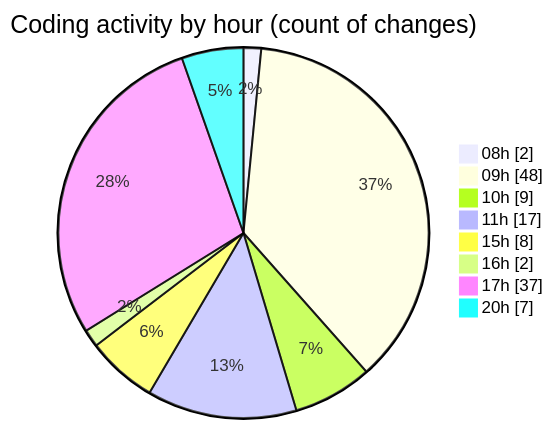
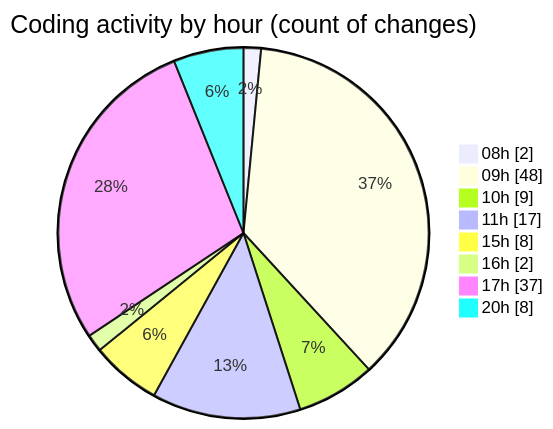
One commit to momahboobian/code-tracking changed the second of 2 diagrams in 2026-06-10/cda/README.md. Above: the diagram before and after it, drawn with Mermaid. The commit also changed other lines of this file and 1 other file, not shown here.

````diff
--- a/2026-06-10/cda/README.md
+++ b/2026-06-10/cda/README.md
@@ -79,12 +79,12 @@
 ```mermaid
 pie showData
 title Coding activity by hour (count of changes)
 "08h" : 2
 "09h" : 48
 "10h" : 9
 "11h" : 17
 "15h" : 8
 "16h" : 2
 "17h" : 37
-"20h" : 7
+"20h" : 8
 ```
````
